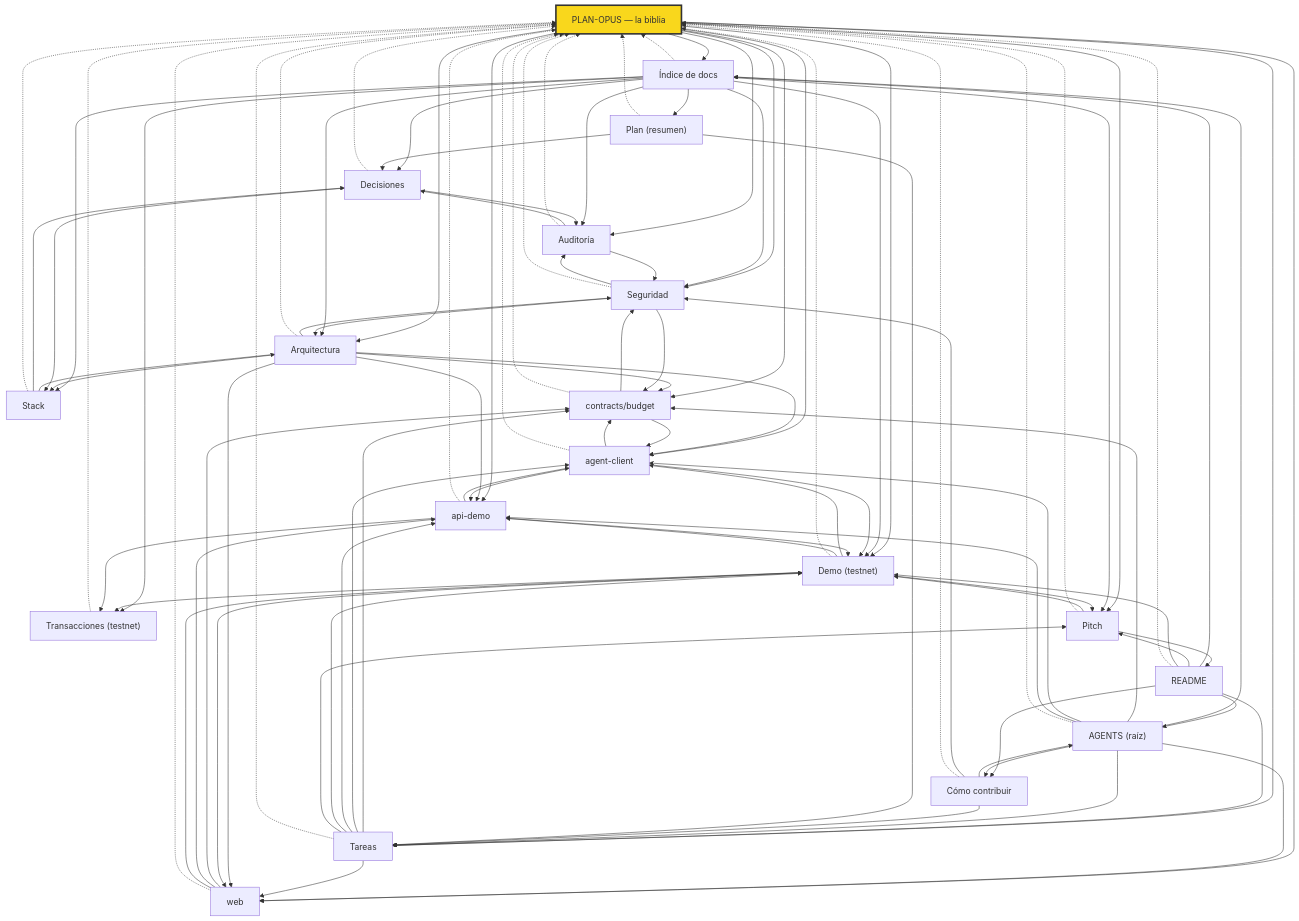
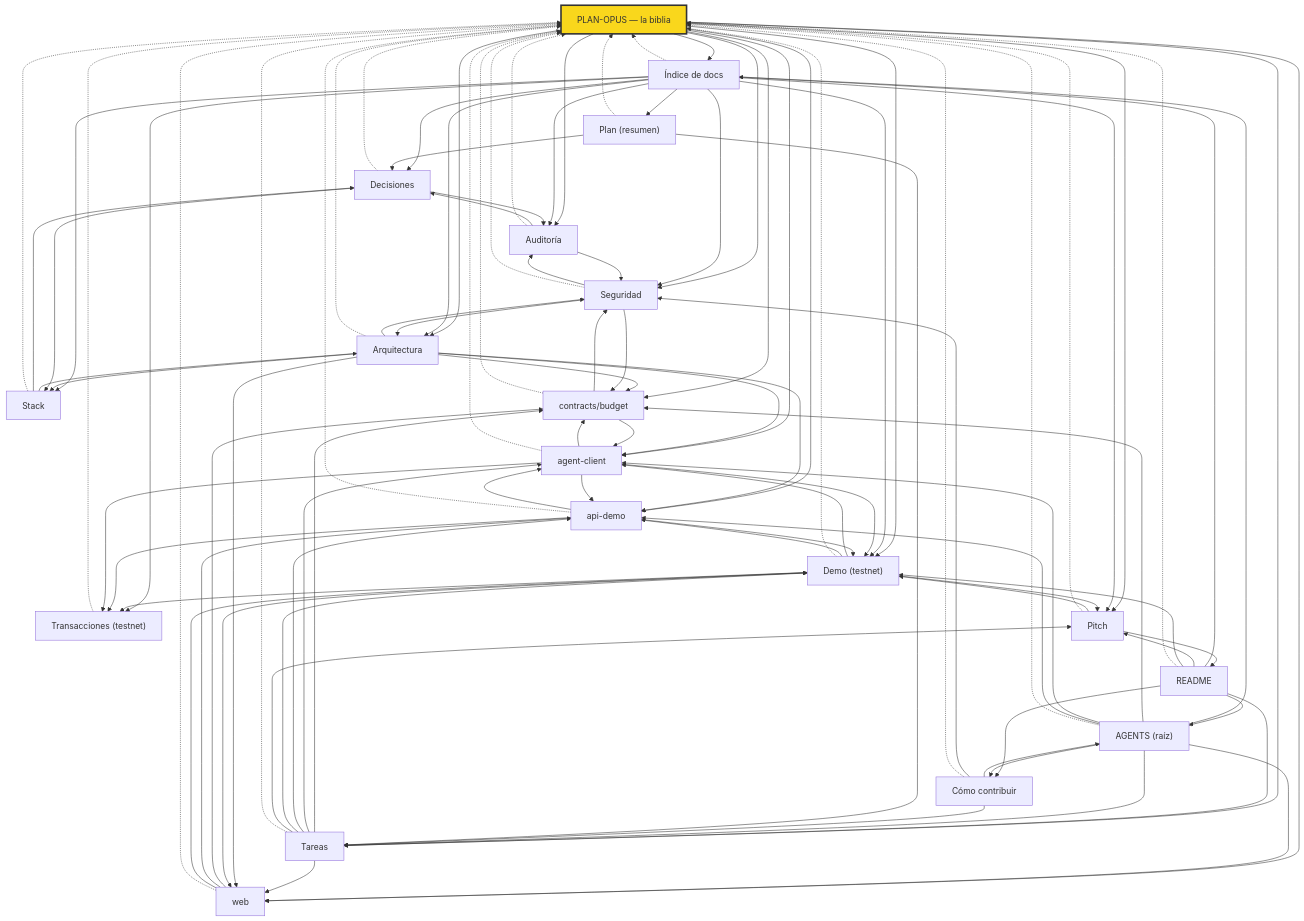
Before and after one commit to Milasur/quickchain: the diagram in docs/MAPA.md, drawn with Mermaid. The commit also changed other lines of this file and 4 other files, not shown here.

Commit message:
Q2: docs (AGENTS de agent-client, transacciones, decisiones, MAPA, .env.example)

```diff
--- a/docs/MAPA.md
+++ b/docs/MAPA.md
@@ -86,6 +86,7 @@
   docs_DEMO_md --> docs_PITCH_md
   docs_DEMO_md --> docs_transacciones_md
   api_demo_AGENTS_md --> docs_transacciones_md
+  agent_client_AGENTS_md --> docs_transacciones_md
   docs_DEMO_md --> agent_client_AGENTS_md
   docs_DEMO_md --> api_demo_AGENTS_md
   docs_DEMO_md --> web_AGENTS_md
```
